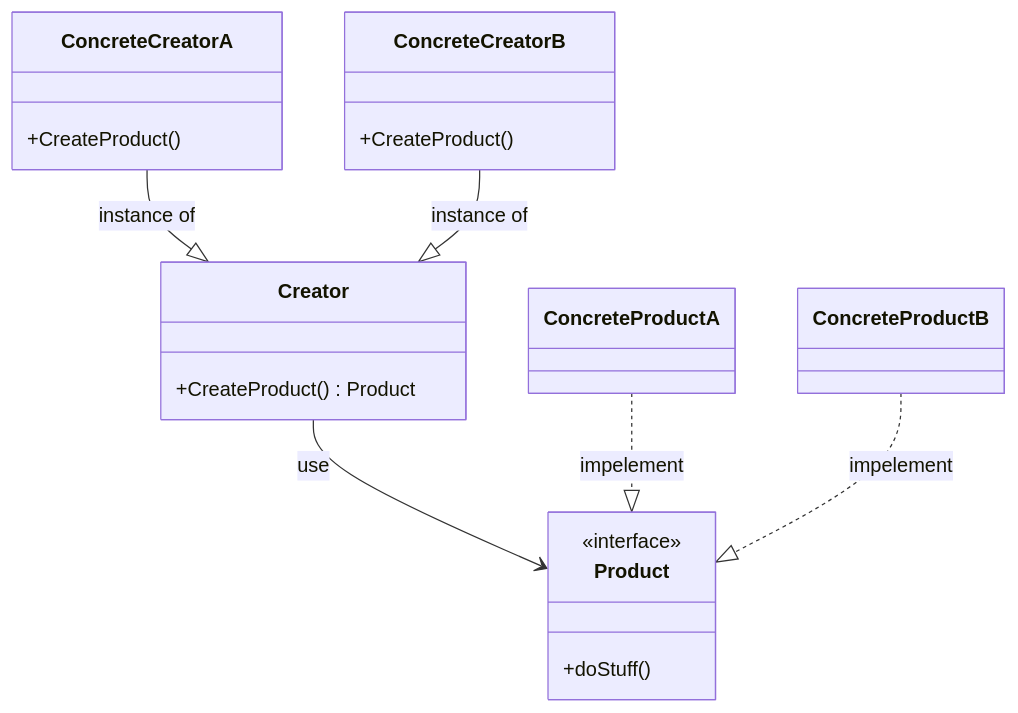
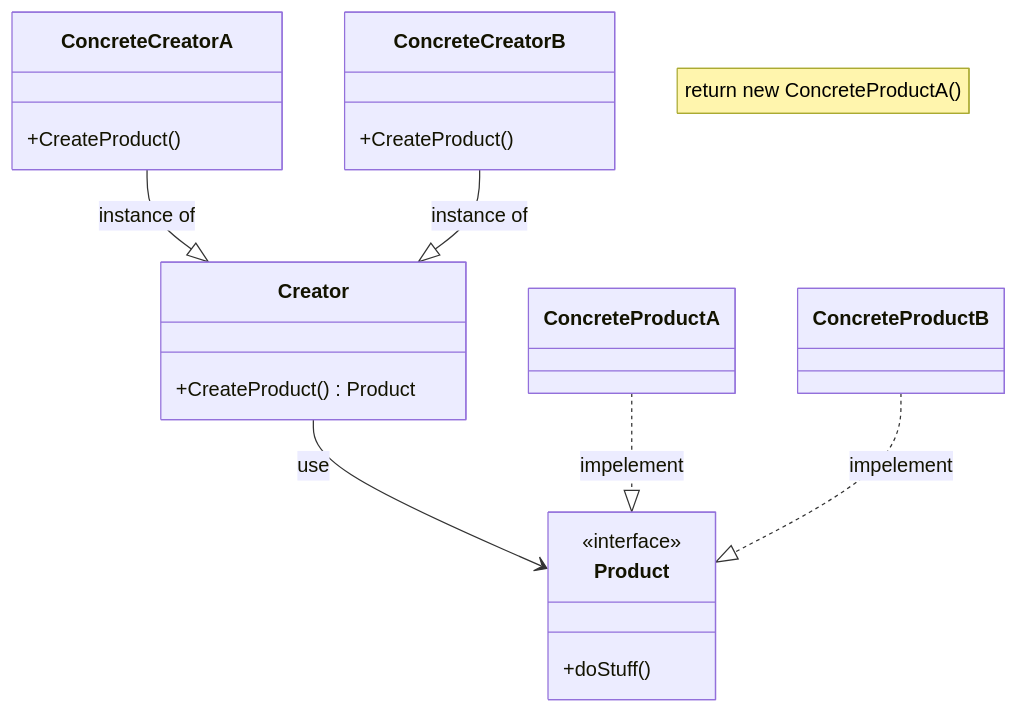
One commit to nahuelDev23/mermaid changed the diagram in readme.md. Above: the diagram before and after it, drawn with Mermaid.

````diff
--- a/readme.md
+++ b/readme.md
@@ -1,33 +1,34 @@
 ```mermaid
 classDiagram
  
  class Creator{
  +CreateProduct() Product
  }
  
   class Product{
   +doStuff()
  }
  <<interface>> Product
  
  Creator --> Product : use
  
  class ConcreteProductA 
  class ConcreteProductB 
  
  ConcreteProductA ..|> Product : impelement
  ConcreteProductB ..|> Product : impelement
  
  class ConcreteCreatorA{
  +CreateProduct()
  }
  
   class ConcreteCreatorB{
  +CreateProduct()
  }
  
+ note "return new ConcreteProductA()"
  ConcreteCreatorA --|> Creator :instance of
  ConcreteCreatorB --|> Creator :instance of
 
  
 ```
````
